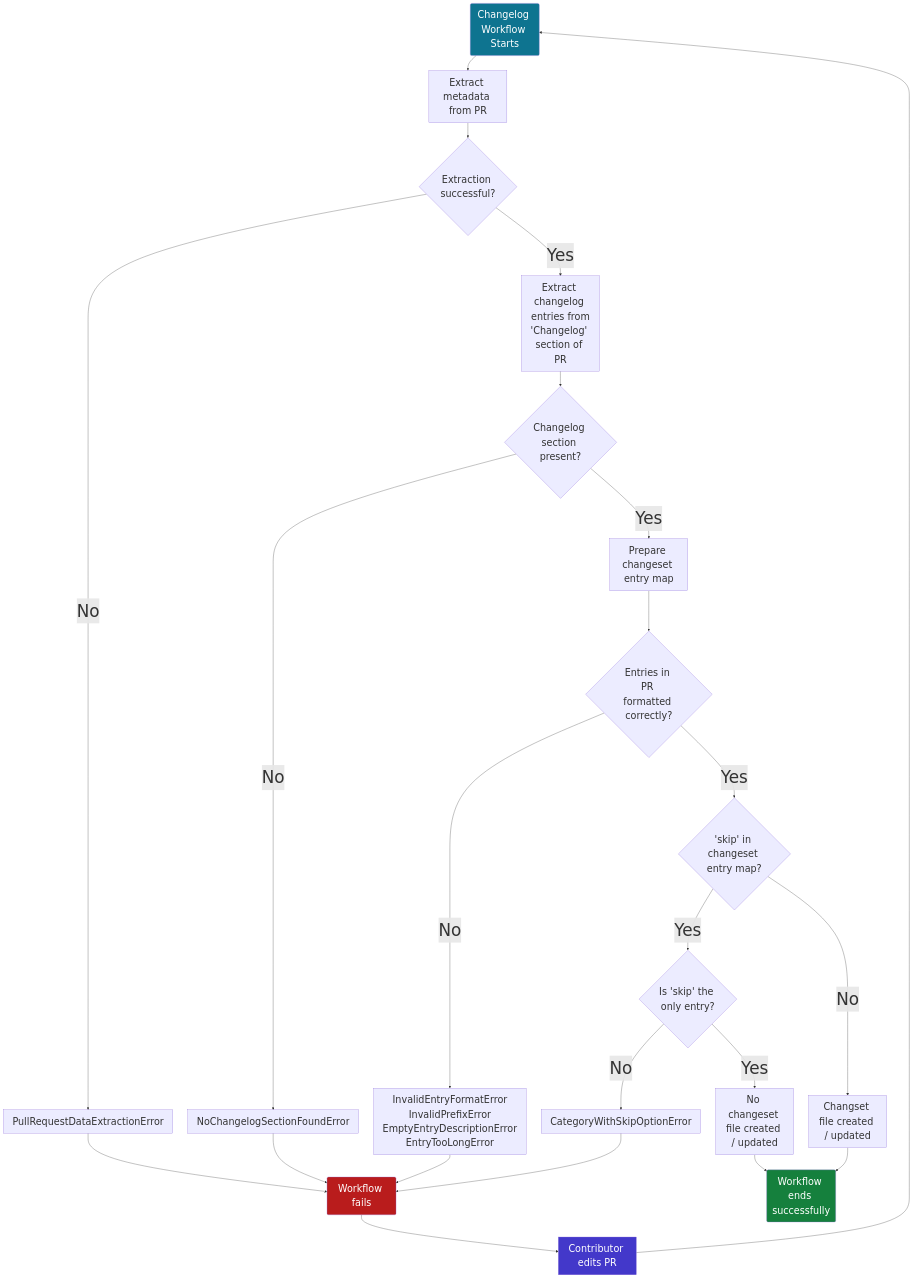
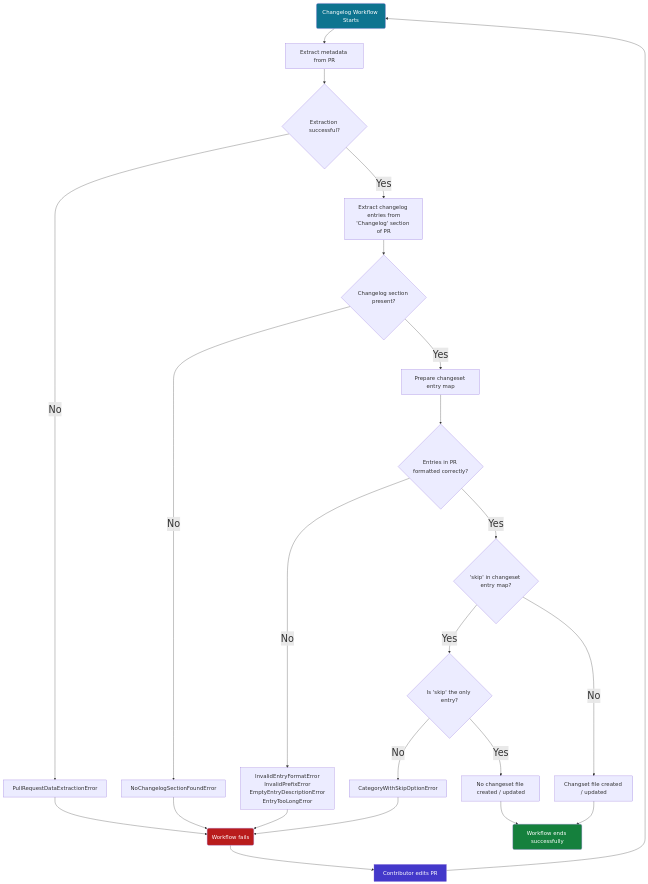
The diagram in README.md (ashwin-pc/OpenSearch_Changelog_Workflow), drawn with Mermaid before and after one commit.

Commit message:
update in mermeid flowchart

````diff
--- a/README.md
+++ b/README.md
@@ -114,35 +114,35 @@
 ```mermaid
-%%{init: {'themeVariables': { 'fontSize': '56px' }}}%%
+%%{init: {'themeVariables': { 'fontSize': '32px' }}}%%
 flowchart TD;
-  classDef largeFont font-size:32px;
+  classDef largeFont font-size:18px;
   A(Changelog Workflow Starts) --> B[Extract metadata from PR]
   B --> C{Extraction successful?}
   C --> |Yes| G[Extract changelog entries from\n'Changelog' section of PR]
   C --> |No| D[PullRequestDataExtractionError]
   D --> E(Workflow fails)
   E --> F[Contributor edits PR]
   F --> A
   G --> H{Changelog section present?}
   H --> |Yes| J[Prepare changeset entry map]
   J --> J1{Entries in PR formatted correctly?}
   H --> |No| I[NoChangelogSectionFoundError]
   I --> E
   J1 --> |Yes| K{'skip' in changeset entry map?}
   J1 --> |No| L[InvalidEntryFormatError\nInvalidPrefixError\nEmptyEntryDescriptionError\nEntryTooLongError]
   L --> E
   K --> |Yes| M{Is 'skip' the only entry?}
   K --> |No| N[Changset file created / updated]
   M --> |Yes| O[No changeset file created / updated]
   M --> |No| Q[CategoryWithSkipOptionError]
   Q --> E
   O --> P
   N --> P(Workflow ends successfully)
 
   style A fill:#0e7490,color:white
   style E fill:#b91c1c,color:white
   style F fill:#4338ca,color:white
   style P fill:#15803d,color:white
 
   class A,B,C,D,E,F,G,H,I,J,J1,K,L,M,N,O,P,Q largeFont;
 
 ```
````
